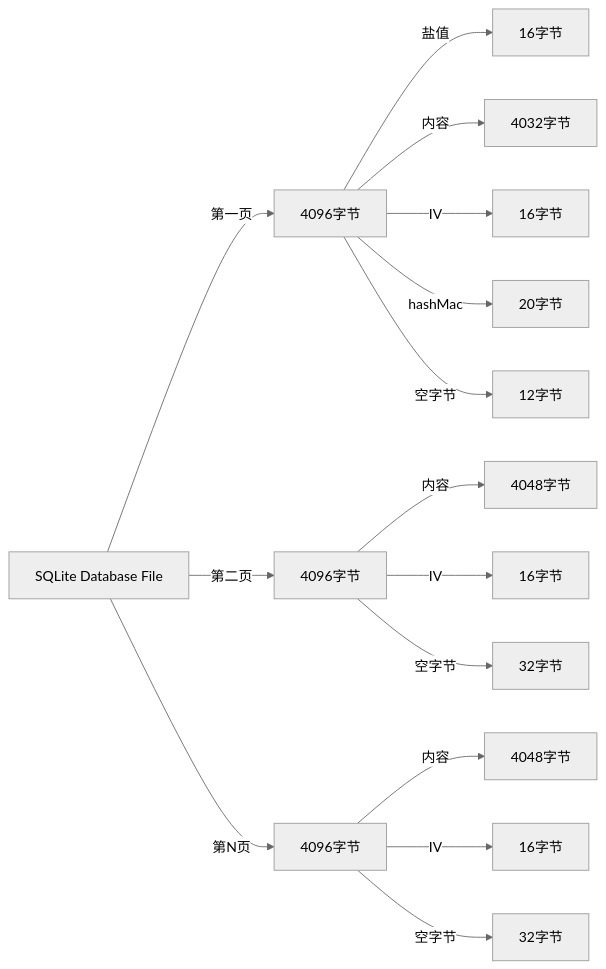
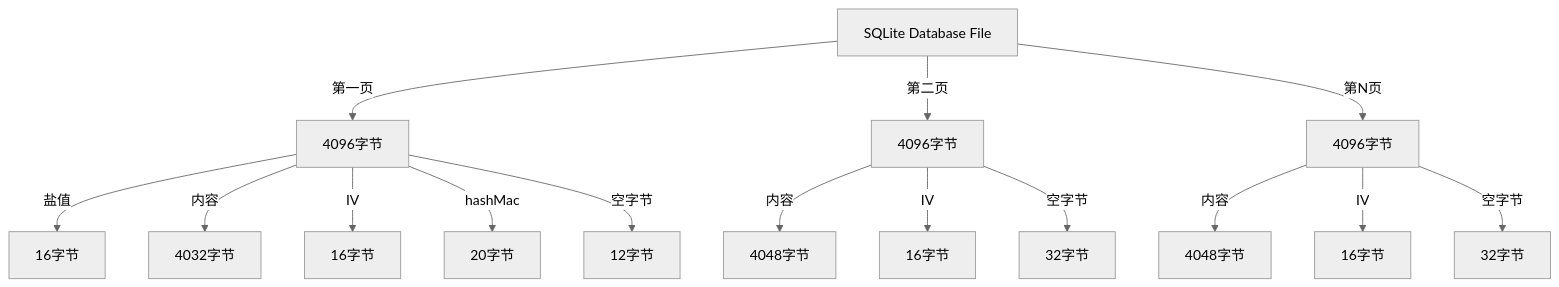
One commit to FiliperCoelhoa/wx-dump-4j changed the diagram in docs/decrypt.md. Above: the diagram before and after it, drawn with Mermaid (neutral theme). The commit also changed other lines of this file and 1 other file, not shown here.

```diff
--- a/docs/decrypt.md
+++ b/docs/decrypt.md
@@ -1,22 +24,22 @@
 ~~~mermaid
-graph LR
+graph TD
     A[SQLite Database File]
 
     A -->|第一页| C1[4096字节]
     C1 -->|盐值| C1A[16字节]
     C1 -->|内容| C1C[4032字节]
     C1 -->|IV| C1IV[16字节]
     C1 -->|hashMac| C1H[20字节]
     C1 -->|空字节| C1R[12字节]
 
     A -->|第二页| C2[4096字节]
     C2 -->|内容| C2C[4048字节]
     C2 -->|IV| C2IV[16字节]
     C2 -->|空字节| C2R[32字节]
     
     A -->|第N页| C3[4096字节]
     C3 -->|内容| C3C[4048字节]
     C3 -->|IV| C3IV[16字节]
     C3 -->|空字节| C3R[32字节]
 
 ~~~
```
